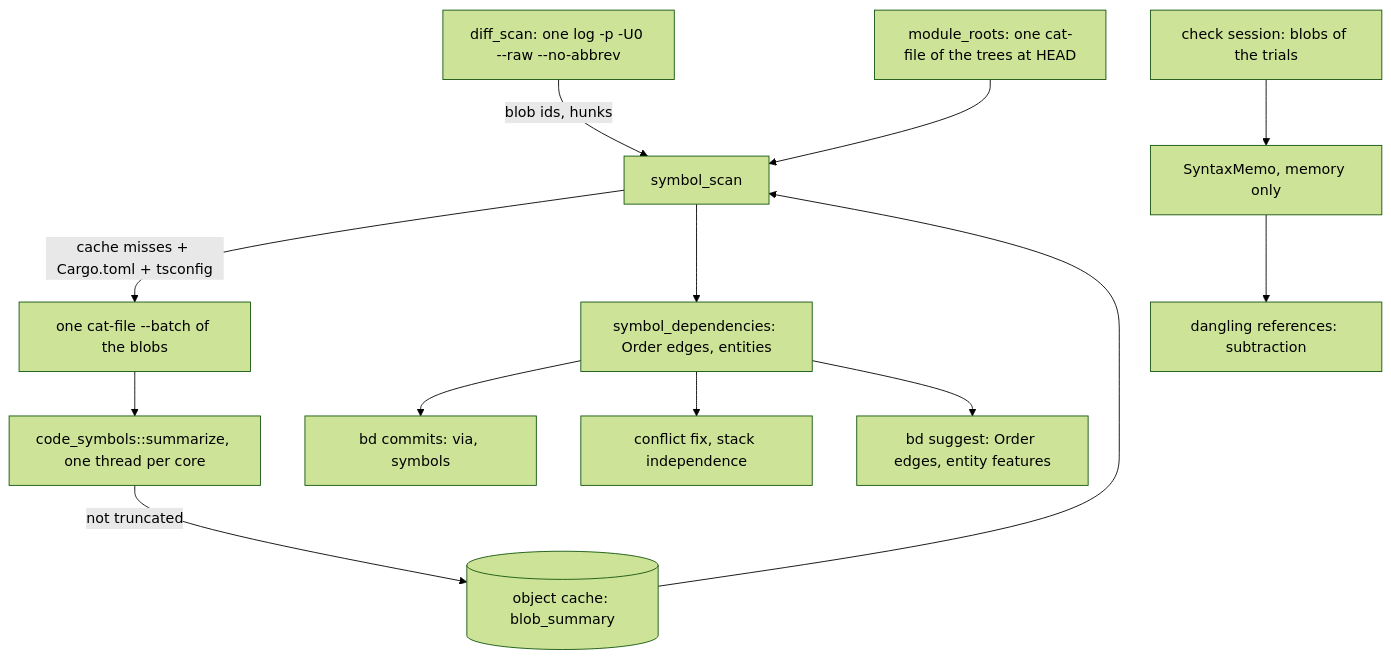
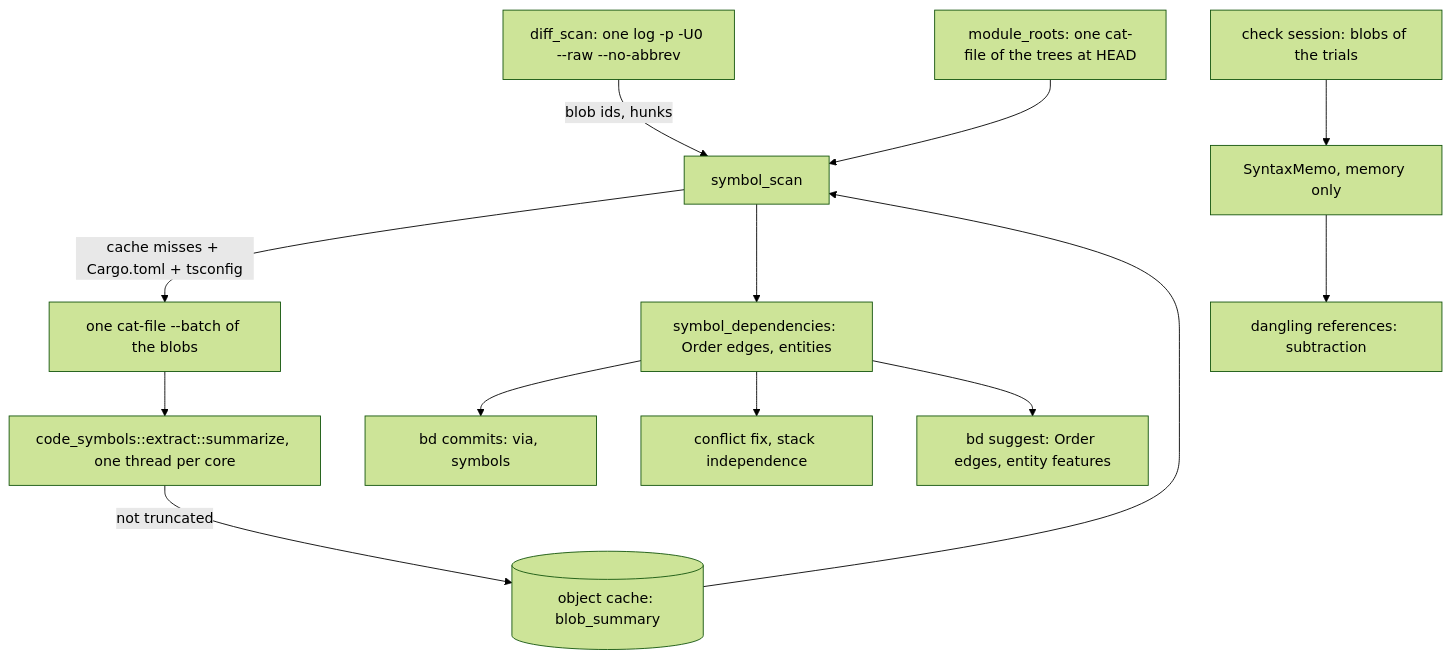
One commit to develar/branch-deck changed the diagram in docs/design/symbol-dependencies.md. Above: the diagram before and after it, drawn with Mermaid (forest theme). The commit also changed 3 other files, not shown here.

````diff
--- a/docs/design/symbol-dependencies.md
+++ b/docs/design/symbol-dependencies.md
@@ -38,14 +38,14 @@
 ```mermaid
 flowchart TD
     D[diff_scan: one log -p -U0 --raw --no-abbrev] -->|blob ids, hunks| S[symbol_scan]
     R[module_roots: one cat-file of the trees at HEAD] --> S
     S -->|cache misses + Cargo.toml + tsconfig| C[one cat-file --batch of the blobs]
-    C --> P[code_symbols::summarize, one thread per core]
+    C --> P[code_symbols::extract::summarize, one thread per core]
     P -->|not truncated| O[(object cache: blob_summary)]
     O --> S
     S --> G[symbol_dependencies: Order edges, entities]
     G --> B[bd commits: via, symbols]
     G --> F[conflict fix, stack independence]
     G --> U[bd suggest: Order edges, entity features]
     S2[check session: blobs of the trials] --> M[SyntaxMemo, memory only] --> X[dangling references: subtraction]
 ```
````
